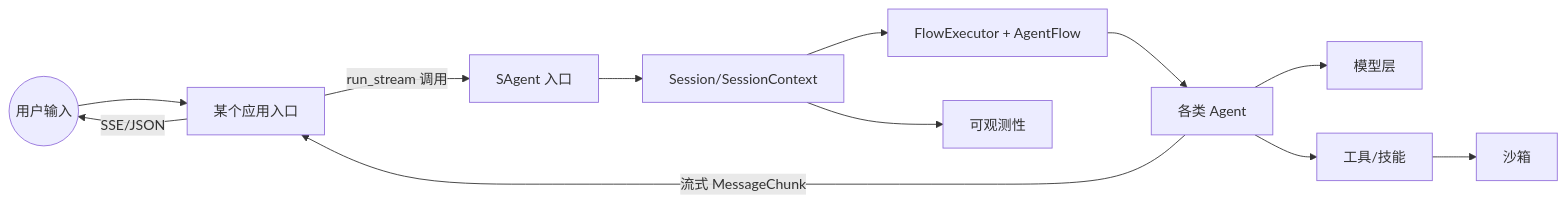
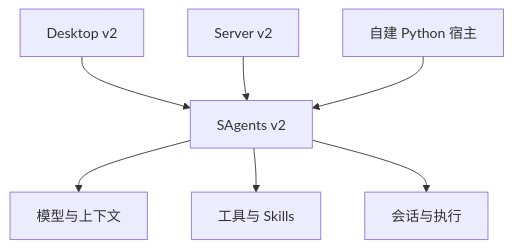
The diagram in docs/zh/architecture/README.md (ZHangZHengEric/Sage), drawn with Mermaid before and after one commit. The commit also changed other lines of this file and 219 other files, not shown here.

````diff
--- a/docs/zh/architecture/README.md
+++ b/docs/zh/architecture/README.md
@@ -66,14 +16,9 @@
 ```mermaid
-flowchart LR
-    UserIn((用户输入)) --> EntryApp[某个应用入口]
-    EntryApp -->|run_stream 调用| SAgent[SAgent 入口]
-    SAgent --> Sess[Session/SessionContext]
-    Sess --> Flow[FlowExecutor + AgentFlow]
-    Flow --> Agents[各类 Agent]
-    Agents --> LLM[模型层]
-    Agents --> Tools[工具/技能]
-    Tools --> Sandbox[沙箱]
-    Sess --> Obs[可观测性]
-    Agents -->|流式 MessageChunk| EntryApp
-    EntryApp -->|SSE/JSON| UserIn
+flowchart TB
+    desktop[Desktop v2] --> runtime[SAgents v2]
+    server[Server v2] --> runtime
+    custom[自建 Python 宿主] --> runtime
+    runtime --> model[模型与上下文]
+    runtime --> tools[工具与 Skills]
+    runtime --> state[会话与执行]
 ```
````
